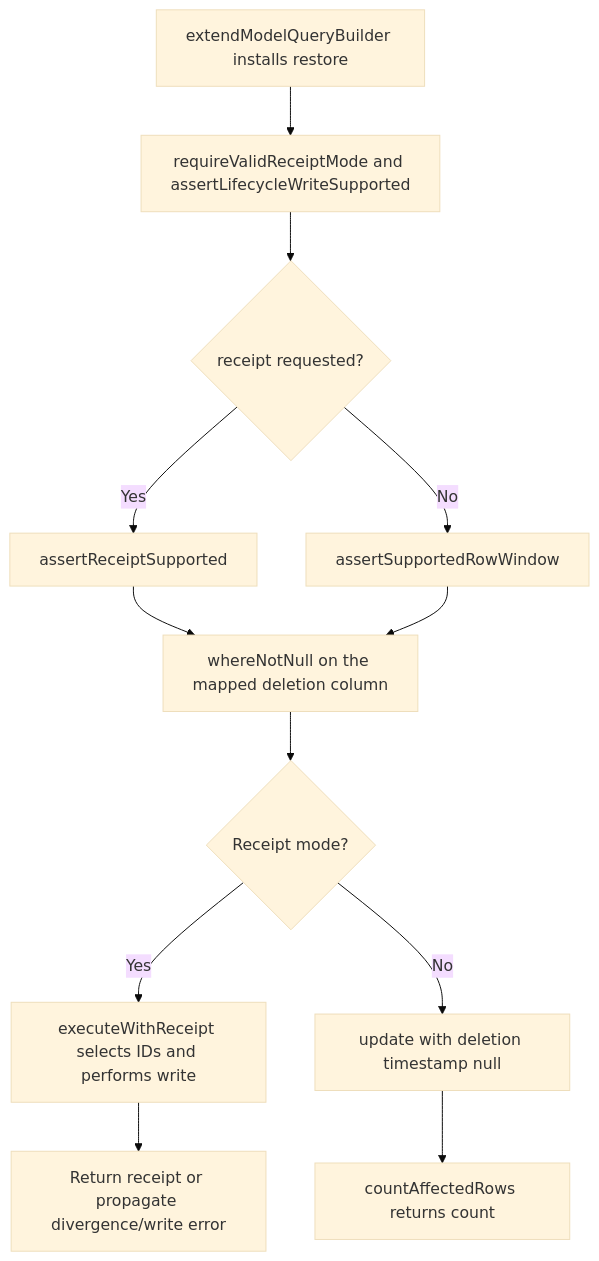
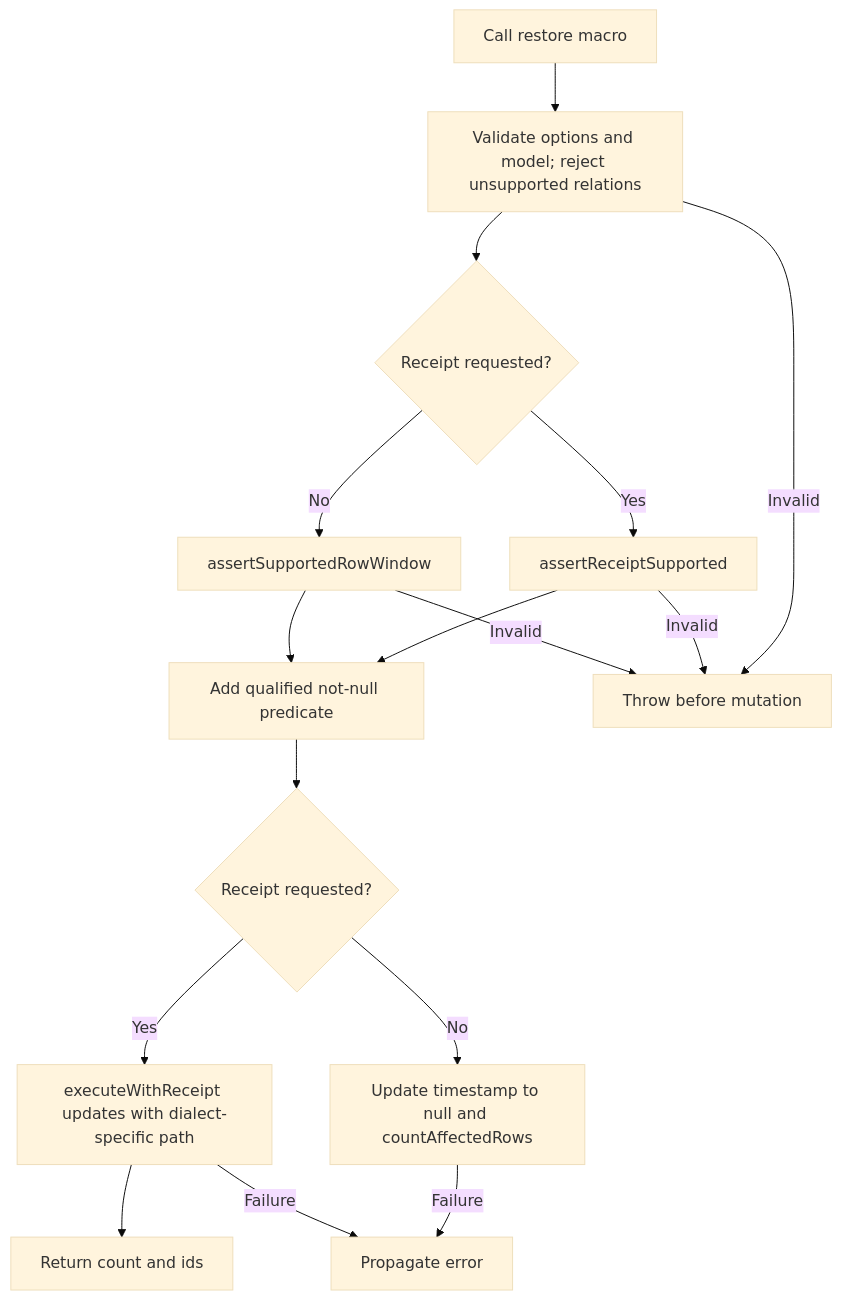
One commit to Kevinjohn/oss-adonisjs-lucid-soft-delete changed the second of 2 diagrams in user-stories/bulk-operations/us-app-06-restore-bulk.md. Above: the diagram before and after it, drawn with Mermaid (base theme). The commit also changed other lines of this file and 26 other files, not shown here.

````diff
--- a/user-stories/bulk-operations/us-app-06-restore-bulk.md
+++ b/user-stories/bulk-operations/us-app-06-restore-bulk.md
@@ -39,14 +39,14 @@
 ```mermaid
 flowchart TD
-    A["extendModelQueryBuilder installs restore"] --> B["requireValidReceiptMode and assertLifecycleWriteSupported"]
-    B --> C{"receipt requested?"}
-    C -->|Yes| D["assertReceiptSupported"]
-    C -->|No| E["assertSupportedRowWindow"]
-    D --> F["whereNotNull on the mapped deletion column"]
-    E --> F
-    F --> G{"Receipt mode?"}
-    G -->|Yes| H["executeWithReceipt selects IDs and performs write"]
-    G -->|No| I["update with deletion timestamp null"]
-    H --> J["Return receipt or propagate divergence/write error"]
-    I --> K["countAffectedRows returns count"]
+    A["Call restore macro"] --> B["Validate options and model; reject unsupported relations"] --> C{"Receipt requested?"}
+    C -->|Yes| D["assertReceiptSupported"] --> F["Add qualified not-null predicate"]
+    C -->|No| E["assertSupportedRowWindow"] --> F
+    B -->|Invalid| X["Throw before mutation"]
+    D -->|Invalid| X
+    E -->|Invalid| X
+    F --> I{"Receipt requested?"}
+    I -->|No| J["Update timestamp to null and countAffectedRows"]
+    I -->|Yes| K["executeWithReceipt updates with dialect-specific path"] --> L["Return count and ids"]
+    J -->|Failure| Y["Propagate error"]
+    K -->|Failure| Y
 ```
````
